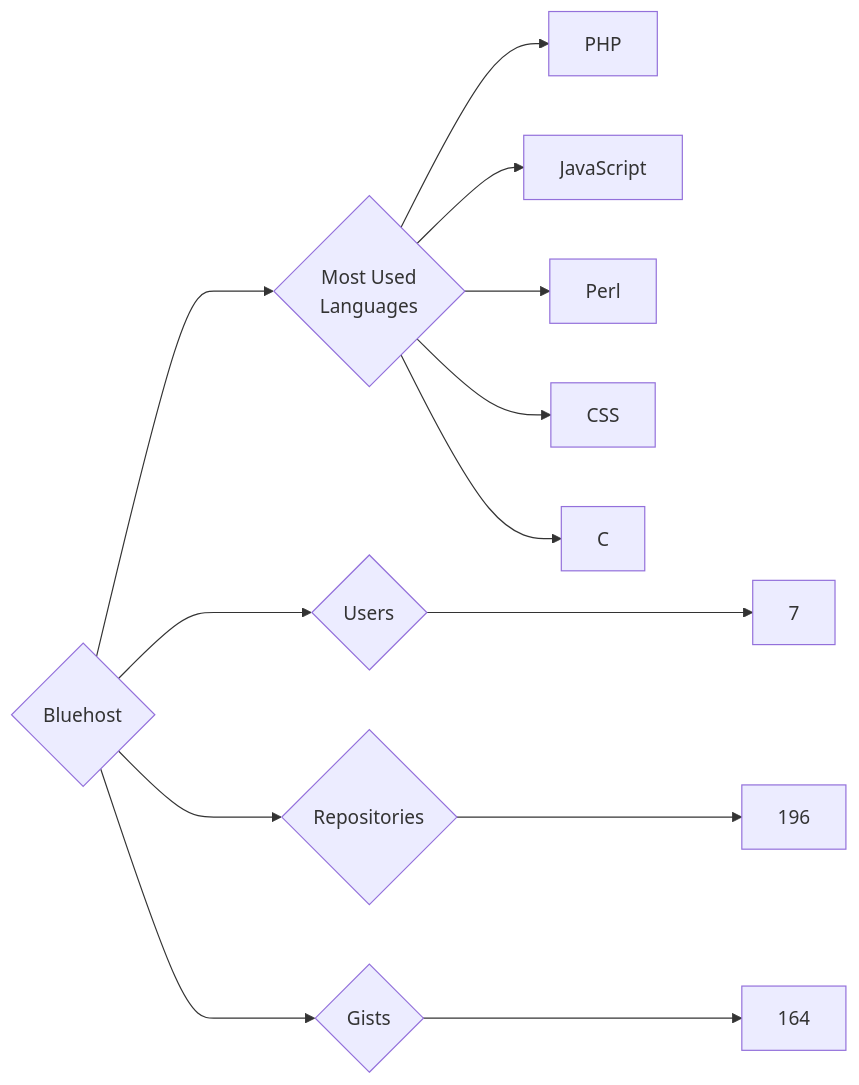
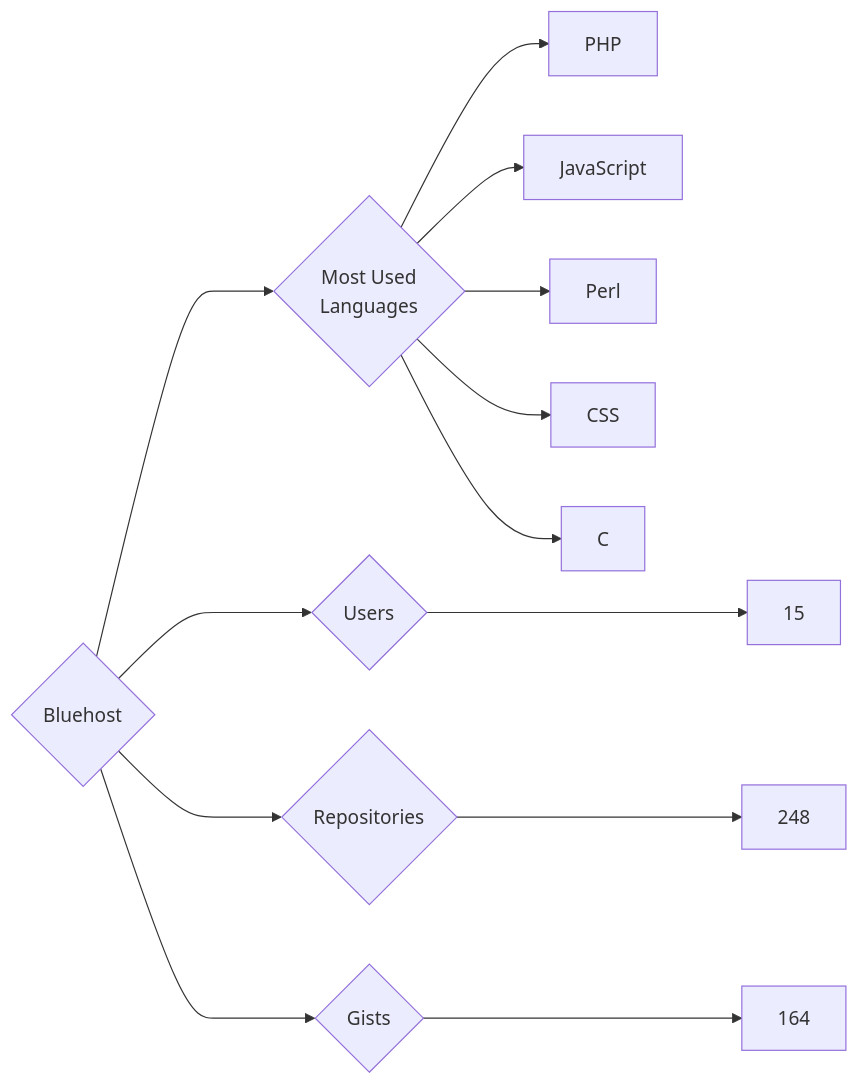
One commit to trickest/insiders changed the diagram in targets/Bluehost/README.md. Above: the diagram before and after it, drawn with Mermaid. The commit also changed 861 other files, not shown here.

````diff
--- a/targets/Bluehost/README.md
+++ b/targets/Bluehost/README.md
@@ -3,13 +3,13 @@
 ```mermaid
 graph LR
 COMPANY_NAME{Bluehost}
-COMPANY_NAME ---> U{Users} ---> UN[7]
-COMPANY_NAME ---> R{Repositories} ---> RN[196]
+COMPANY_NAME ---> U{Users} ---> UN[15]
+COMPANY_NAME ---> R{Repositories} ---> RN[248]
 COMPANY_NAME ---> G{Gists} ---> GN[164]
 COMPANY_NAME ---> ML{Most Used<br>Languages}
 ML --> PHP[PHP]
 ML --> JavaScript[JavaScript]
 ML --> Perl[Perl]
 ML --> CSS[CSS]
 ML --> C[C]
 ```
````
